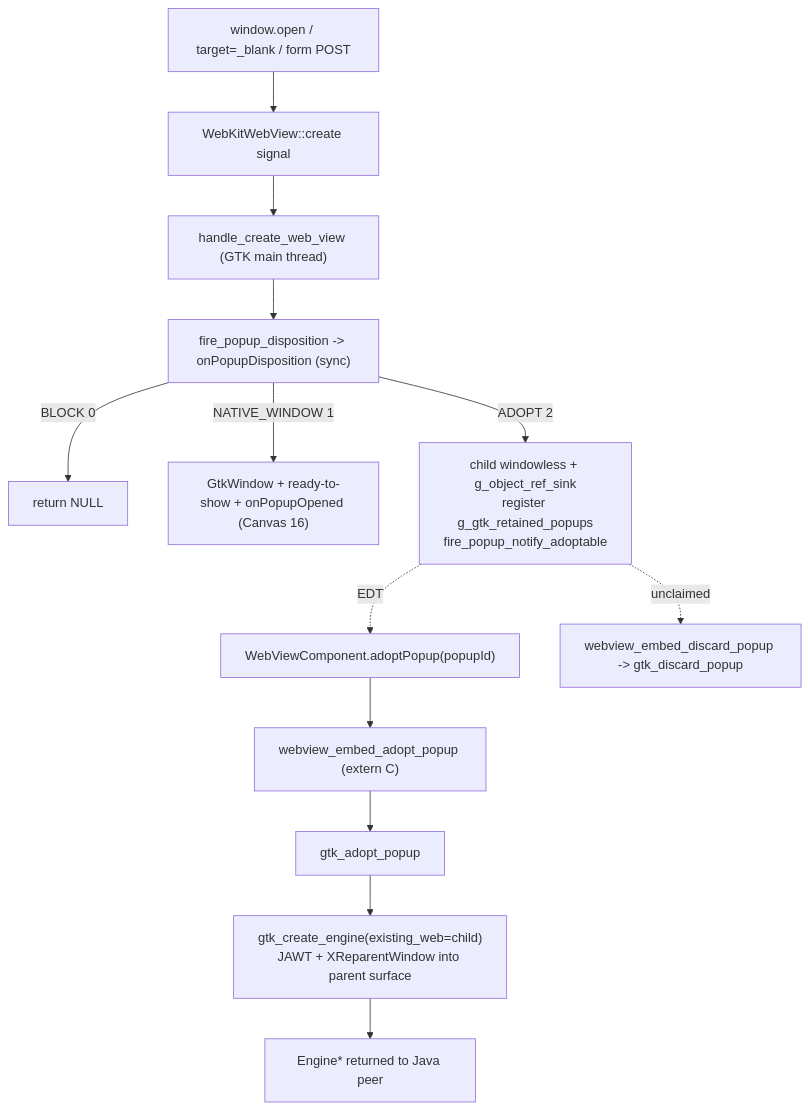
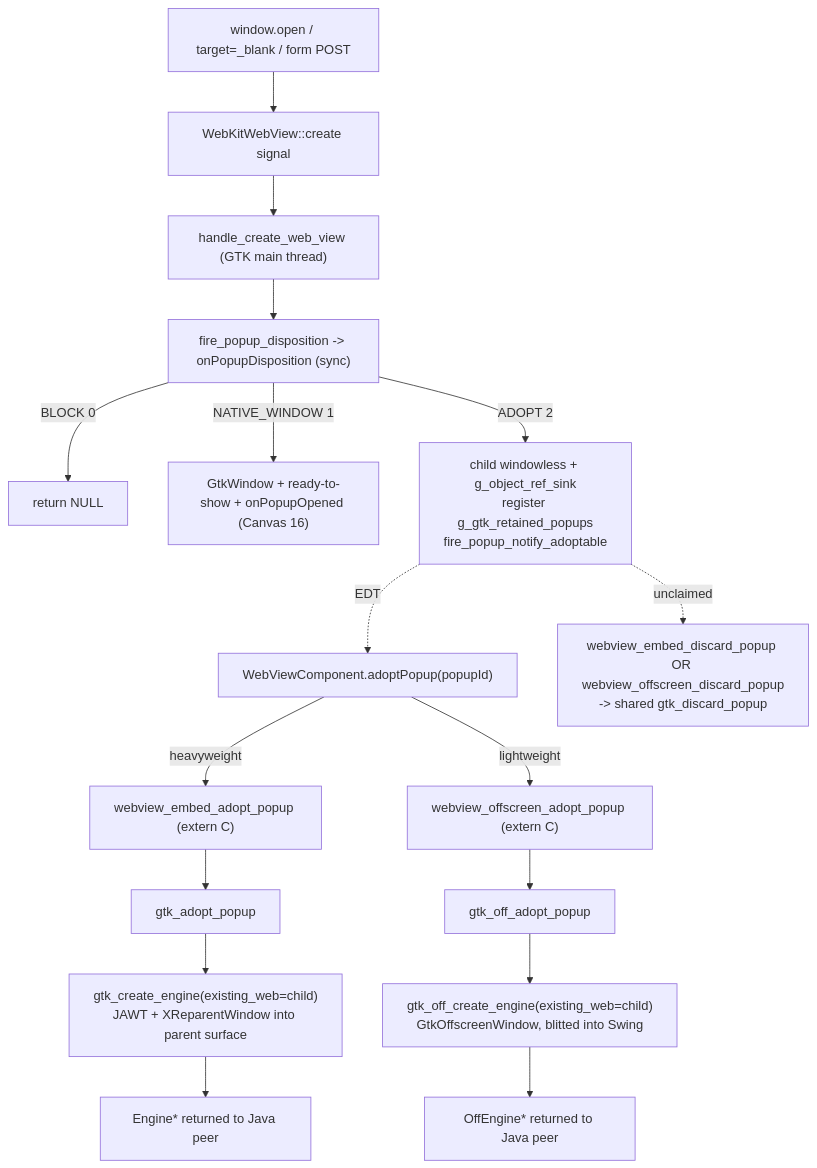
The diagram in spdd/prompt/19-20260806-1600-[Feat]-Popup-Adoption-Linux-Coverage.md (webliteca/swingwebview), drawn with Mermaid before and after one commit. The commit also changed other lines of this file and 4 other files, not shown here.

````diff
--- a/spdd/prompt/19-20260806-1600-[Feat]-Popup-Adoption-Linux-Coverage.md
+++ b/spdd/prompt/19-20260806-1600-[Feat]-Popup-Adoption-Linux-Coverage.md
@@ -171,15 +306,19 @@
 ```mermaid
 flowchart TB
   JS["window.open / target=_blank / form POST"] --> create["WebKitWebView::create signal"]
   create --> handle["handle_create_web_view (GTK main thread)"]
   handle --> disp["fire_popup_disposition -> onPopupDisposition (sync)"]
   disp -->|BLOCK 0| nullret["return NULL"]
   disp -->|NATIVE_WINDOW 1| win["GtkWindow + ready-to-show + onPopupOpened (Canvas 16)"]
   disp -->|ADOPT 2| adopt["child windowless + g_object_ref_sink\nregister g_gtk_retained_popups\nfire_popup_notify_adoptable"]
   adopt -.EDT.-> java["WebViewComponent.adoptPopup(popupId)"]
-  java --> bridge["webview_embed_adopt_popup (extern C)"]
+  java -->|heavyweight| bridge["webview_embed_adopt_popup (extern C)"]
   bridge --> gadopt["gtk_adopt_popup"]
   gadopt --> reuse["gtk_create_engine(existing_web=child)\nJAWT + XReparentWindow into parent surface"]
   reuse --> engine["Engine* returned to Java peer"]
-  adopt -. unclaimed .-> discard["webview_embed_discard_popup -> gtk_discard_popup"]
+  java -->|lightweight| obridge["webview_offscreen_adopt_popup (extern C)"]
+  obridge --> goadopt["gtk_off_adopt_popup"]
+  goadopt --> oreuse["gtk_off_create_engine(existing_web=child)\nGtkOffscreenWindow, blitted into Swing"]
+  oreuse --> oengine["OffEngine* returned to Java peer"]
+  adopt -. unclaimed .-> discard["webview_embed_discard_popup OR webview_offscreen_discard_popup\n-> shared gtk_discard_popup"]
 ```
````
